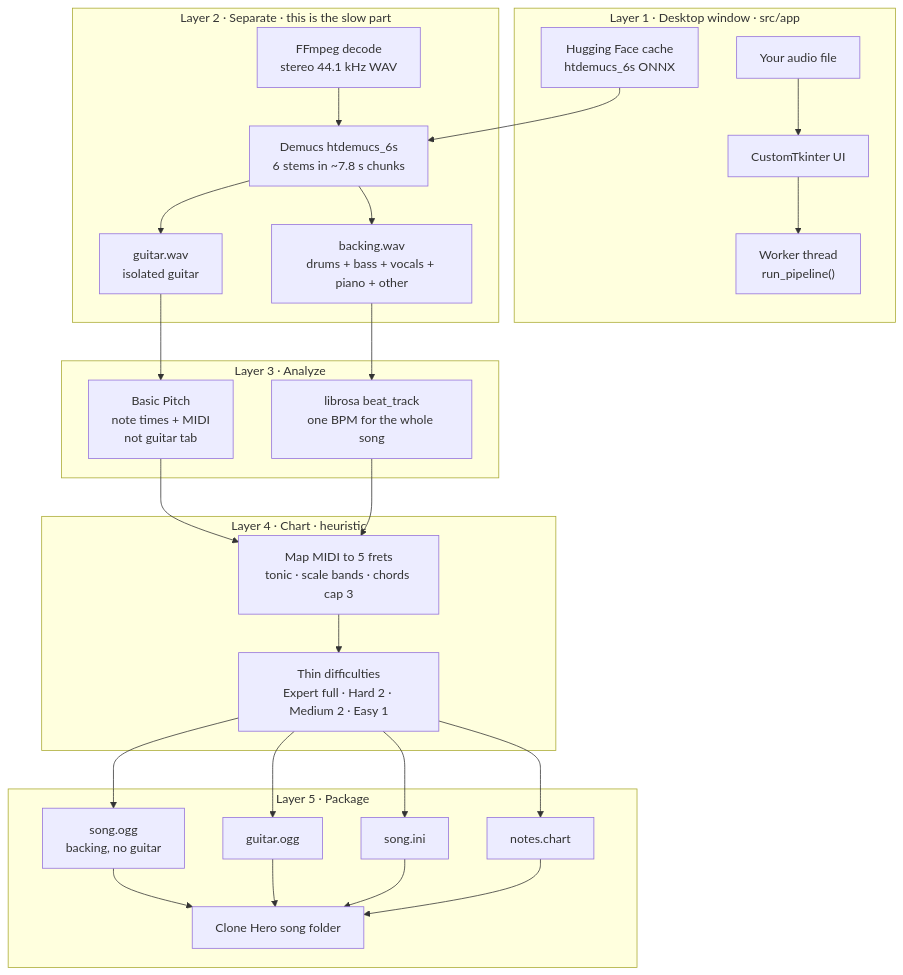
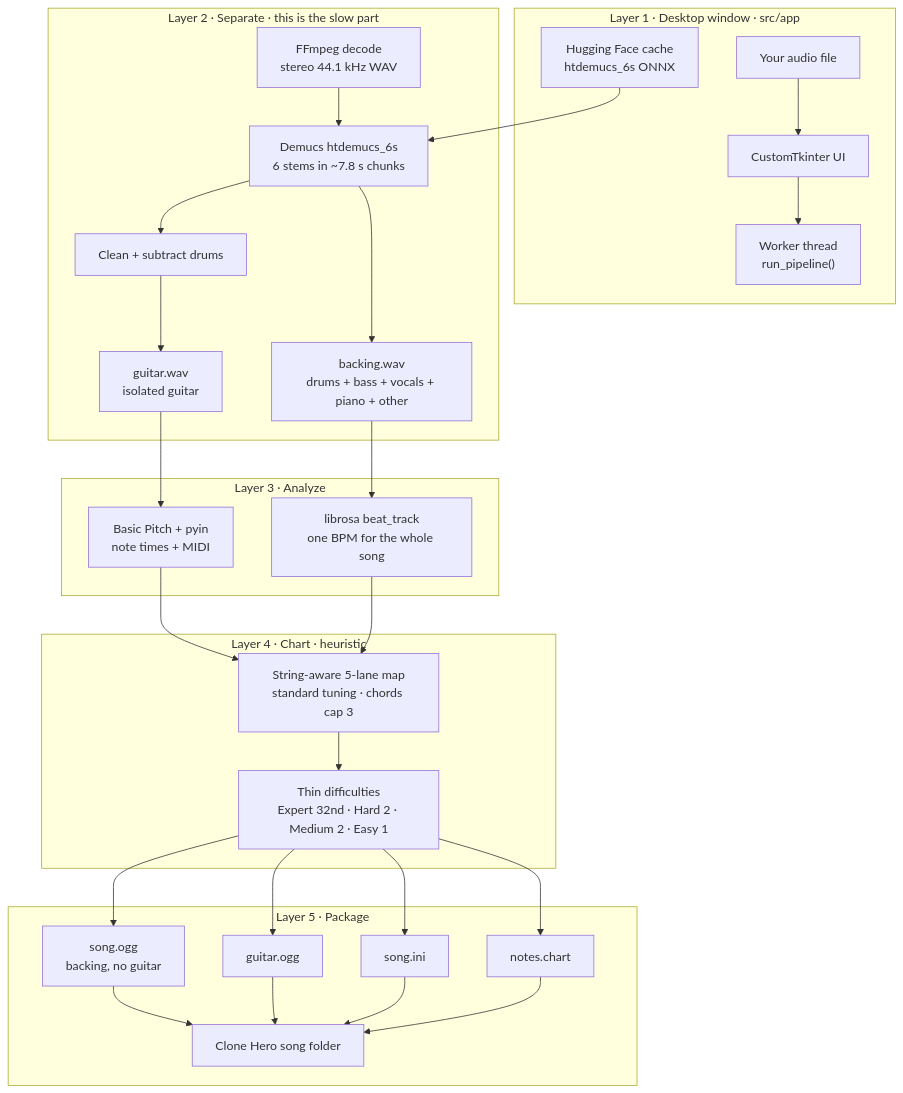
One commit to JoshuaNguyen123/guitar-h-isolation changed the diagram in ARCHITECTURE.md. Above: the diagram before and after it, drawn with Mermaid. The commit also changed other lines of this file and 38 other files, not shown here.

Commit message:
Cut drum-bleed false notes and publish measurable chart accuracy baselines.

````diff
--- a/ARCHITECTURE.md
+++ b/ARCHITECTURE.md
@@ -36,37 +36,38 @@
 ```mermaid
 flowchart TB
   subgraph UI["Layer 1 · Desktop window · src/app"]
     FILE["Your audio file"] --> WIN["CustomTkinter UI"]
     WIN --> WORK["Worker thread<br/>run_pipeline()"]
     HF["Hugging Face cache<br/>htdemucs_6s ONNX"]
   end
 
   subgraph SEP["Layer 2 · Separate · this is the slow part"]
     FFMPEG["FFmpeg decode<br/>stereo 44.1 kHz WAV"] --> DEMUCS["Demucs htdemucs_6s<br/>6 stems in ~7.8 s chunks"]
     HF --> DEMUCS
-    DEMUCS --> GUITAR["guitar.wav<br/>isolated guitar"]
+    DEMUCS --> CLEAN["Clean + subtract drums"]
+    CLEAN --> GUITAR["guitar.wav<br/>isolated guitar"]
     DEMUCS --> BACK["backing.wav<br/>drums + bass + vocals + piano + other"]
   end
 
   subgraph AN["Layer 3 · Analyze"]
-    GUITAR --> BP["Basic Pitch<br/>note times + MIDI<br/>not guitar tab"]
+    GUITAR --> BP["Basic Pitch + pyin<br/>note times + MIDI"]
     BACK --> BPM["librosa beat_track<br/>one BPM for the whole song"]
   end
 
   subgraph CH["Layer 4 · Chart · heuristic"]
-    BP --> MAP["Map MIDI to 5 frets<br/>tonic · scale bands · chords cap 3"]
+    BP --> MAP["String-aware 5-lane map<br/>standard tuning · chords cap 3"]
     BPM --> MAP
-    MAP --> THIN["Thin difficulties<br/>Expert full · Hard 2 · Medium 2 · Easy 1"]
+    MAP --> THIN["Thin difficulties<br/>Expert 32nd · Hard 2 · Medium 2 · Easy 1"]
   end
 
   subgraph PKG["Layer 5 · Package"]
     THIN --> SONG["song.ogg<br/>backing, no guitar"]
     THIN --> GTR["guitar.ogg"]
     THIN --> INI["song.ini"]
     THIN --> CHART["notes.chart"]
     SONG --> FOLDER["Clone Hero song folder"]
     GTR --> FOLDER
     INI --> FOLDER
     CHART --> FOLDER
   end
 ```
````
